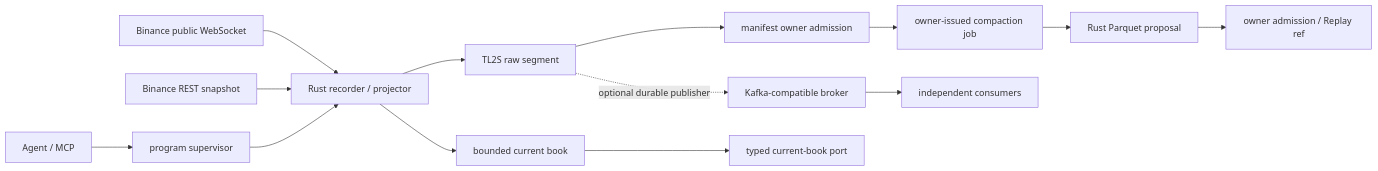
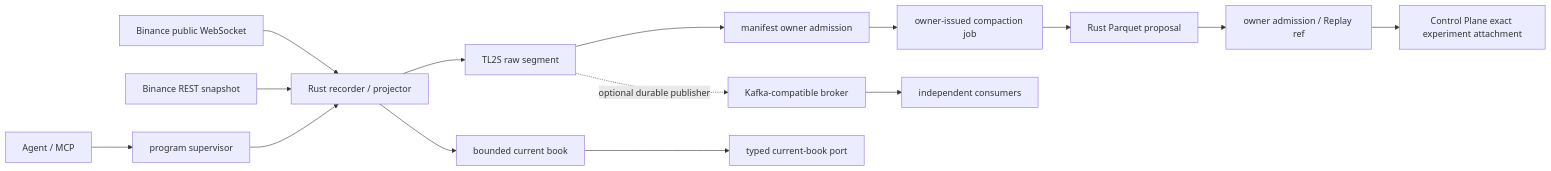
Before and after one commit to qOeOp/trade: the diagram in docs/runtime/l2-order-book-data-plane.md, drawn with Mermaid. The commit also changed other lines of this file and 3 other files, not shown here.

````diff
--- a/docs/runtime/l2-order-book-data-plane.md
+++ b/docs/runtime/l2-order-book-data-plane.md
@@ -32,16 +32,17 @@
 ```mermaid
 flowchart LR
   WS["Binance public WebSocket"] --> R["Rust recorder / projector"]
   REST["Binance REST snapshot"] --> R
   R --> WAL["TL2S raw segment"]
   R --> BOOK["bounded current book"]
   WAL --> ADM["manifest owner admission"]
   ADM --> JOB["owner-issued compaction job"]
   JOB --> CP["Rust Parquet proposal"]
   CP --> ARC["owner admission / Replay ref"]
+  ARC --> AUTH["Control Plane exact experiment attachment"]
   BOOK --> READ["typed current-book port"]
   WAL -. "optional durable publisher" .-> BUS["Kafka-compatible broker"]
   BUS --> CON["independent consumers"]
   OPS["program supervisor"] --> R
   MCP["Agent / MCP"] --> OPS
 ```
````
